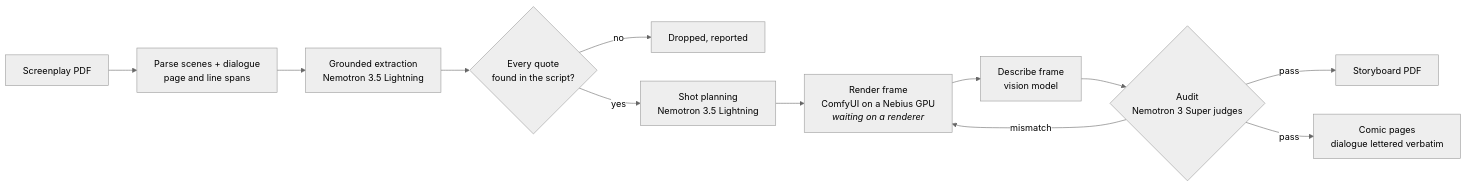
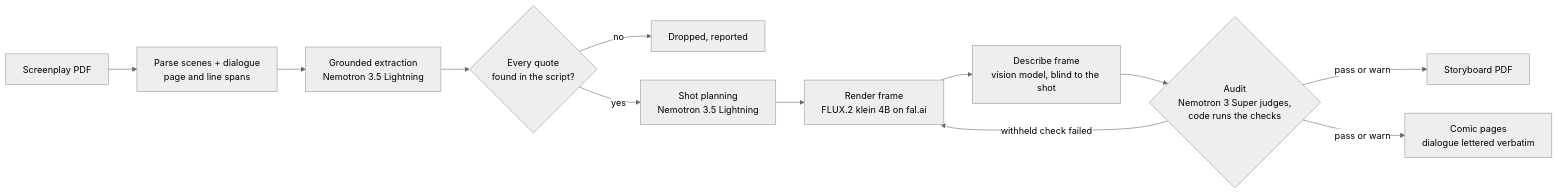
Before and after one commit to Katlego-tech/Panelwise: the diagram in README.md, drawn with Mermaid (neutral theme). The commit also changed other lines of this file and 2 other files, not shown here.

Commit message:
docs(readme): T033 refresh against main (2026-10-17): klein on fal.ai, the audit with the rule ladder and its two agents, the held-out run numbers, the hosted demo and its caps, 13 samples; feedback section still the team's

````diff
--- a/README.md
+++ b/README.md
@@ -39,14 +42,14 @@
 ```mermaid
 flowchart LR
   PDF[Screenplay PDF] --> P[Parse scenes + dialogue<br/>page and line spans]
   P --> G[Grounded extraction<br/>Nemotron 3.5 Lightning]
   G --> F{Every quote<br/>found in the script?}
   F -- no --> X[Dropped, reported]
   F -- yes --> S[Shot planning<br/>Nemotron 3.5 Lightning]
-  S --> R[Render frame<br/>ComfyUI on a Nebius GPU<br/><i>waiting on a renderer</i>]
-  R --> D[Describe frame<br/>vision model]
-  D --> V{Audit<br/>Nemotron 3 Super judges}
-  V -- mismatch --> R
-  V -- pass --> B[Storyboard PDF]
-  V -- pass --> C[Comic pages<br/>dialogue lettered verbatim]
+  S --> R[Render frame<br/>FLUX.2 klein 4B on fal.ai]
+  R --> D[Describe frame<br/>vision model, blind to the shot]
+  D --> V{Audit<br/>Nemotron 3 Super judges,<br/>code runs the checks}
+  V -- withheld check failed --> R
+  V -- pass or warn --> B[Storyboard PDF]
+  V -- pass or warn --> C[Comic pages<br/>dialogue lettered verbatim]
 ```
````
